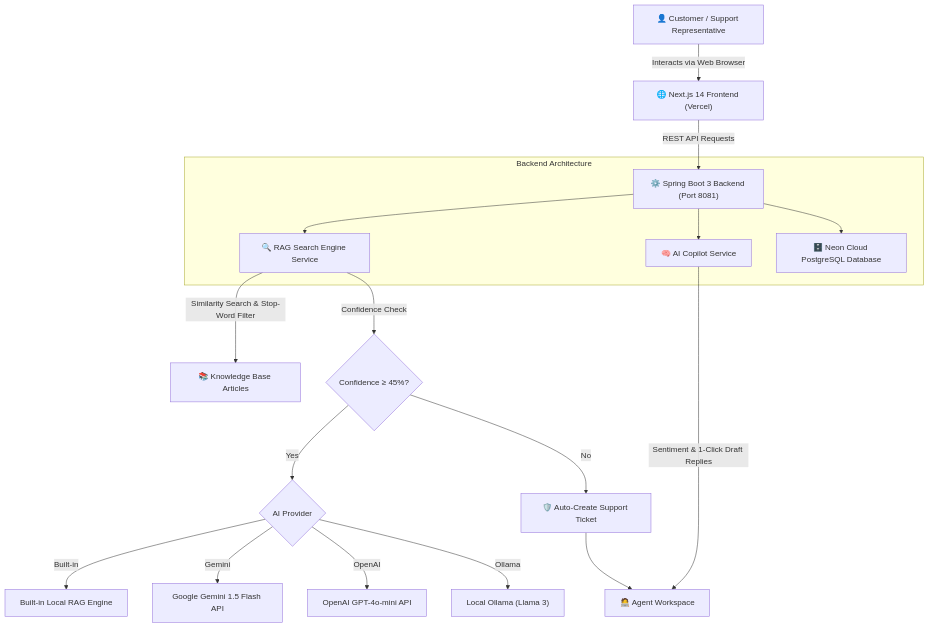
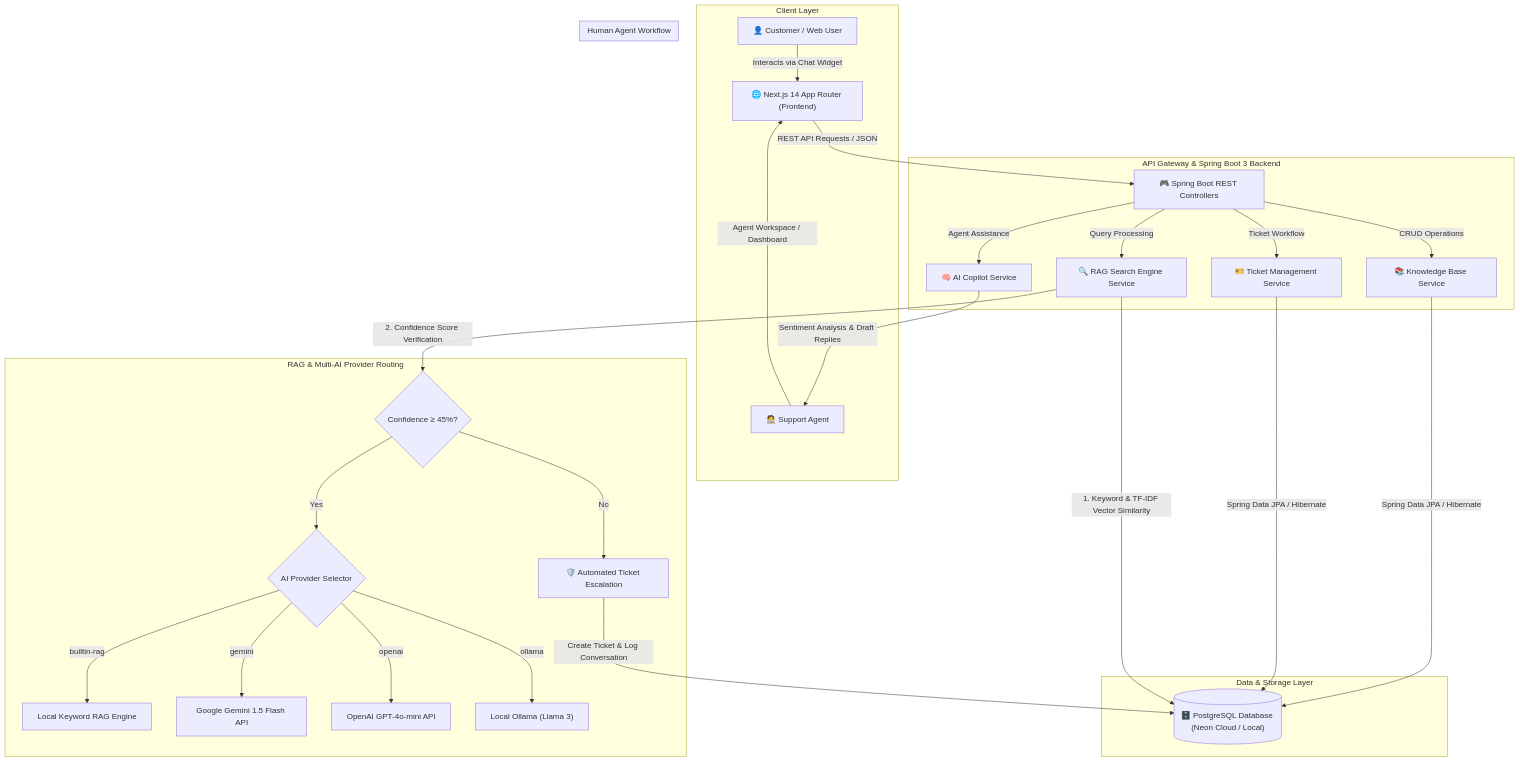
Before and after one commit to Sivatheevan1224/ai-customer-support-app: the diagram in README.md, drawn with Mermaid. The commit also changed other lines of this file and 2 other files, not shown here.

Commit message:
feat: add production Dockerfile for frontend, update README documentation, and initialize backend application configuration

````diff
--- a/README.md
+++ b/README.md
@@ -28,25 +26,37 @@
 ```mermaid
 graph TD
-    User["👤 Customer / Support Representative"] -->|Interacts via Web Browser| NextJS["🌐 Next.js 14 Frontend (Vercel)"]
-    NextJS -->|REST API Requests| SpringBoot["⚙️ Spring Boot 3 Backend (Port 8081)"]
-    
-    subgraph Backend Architecture
-        SpringBoot --> RAG["🔍 RAG Search Engine Service"]
-        SpringBoot --> Copilot["🧠 AI Copilot Service"]
-        SpringBoot --> DB["🗄️ Neon Cloud PostgreSQL Database"]
+    subgraph Client Layer
+        User["👤 Customer / Web User"] -->|Interacts via Chat Widget| NextJS["🌐 Next.js 14 App Router (Frontend)"]
+        Agent["🧑‍💻 Support Agent"] -->|Agent Workspace / Dashboard| NextJS
     end
-    
-    RAG -->|Similarity Search & Stop-Word Filter| KB["📚 Knowledge Base Articles"]
-    
-    RAG -->|Confidence Check| Decision{"Confidence ≥ 45%?"}
-    Decision -->|Yes| Provider{"AI Provider"}
-    Decision -->|No| Escalation["🛡️ Auto-Create Support Ticket"]
-    
-    Provider -->|Built-in| BuiltInEngine["Built-in Local RAG Engine"]
-    Provider -->|Gemini| GeminiAPI["Google Gemini 1.5 Flash API"]
-    Provider -->|OpenAI| OpenAIAPI["OpenAI GPT-4o-mini API"]
-    Provider -->|Ollama| OllamaAPI["Local Ollama (Llama 3)"]
-    
-    Escalation --> AgentWorkspace["🧑‍💻 Agent Workspace"]
-    Copilot -->|Sentiment & 1-Click Draft Replies| AgentWorkspace
+
+    subgraph API Gateway & Spring Boot 3 Backend
+        NextJS -->|REST API Requests / JSON| Controllers["🎮 Spring Boot REST Controllers"]
+        Controllers --> |Query Processing| RAGService["🔍 RAG Search Engine Service"]
+        Controllers --> |Agent Assistance| CopilotService["🧠 AI Copilot Service"]
+        Controllers --> |CRUD Operations| KBService["📚 Knowledge Base Service"]
+        Controllers --> |Ticket Workflow| TicketService["🎫 Ticket Management Service"]
+    end
+
+    subgraph Data & Storage Layer
+        KBService & TicketService -->|Spring Data JPA / Hibernate| Database[("🗄️ PostgreSQL Database (Neon Cloud / Local)")]
+    end
+
+    subgraph RAG & Multi-AI Provider Routing
+        RAGService -->|1. Keyword & TF-IDF Vector Similarity| Database
+        RAGService -->|2. Confidence Score Verification| ConfidenceCheck{"Confidence ≥ 45%?"}
+        
+        ConfidenceCheck -->|Yes| AIProviderRouter{"AI Provider Selector"}
+        ConfidenceCheck -->|No| AutoEscalation["🛡️ Automated Ticket Escalation"]
+
+        AIProviderRouter -->|builtin-rag| BuiltInRAG["Local Keyword RAG Engine"]
+        AIProviderRouter -->|gemini| GeminiAPI["Google Gemini 1.5 Flash API"]
+        AIProviderRouter -->|openai| OpenAIAPI["OpenAI GPT-4o-mini API"]
+        AIProviderRouter -->|ollama| OllamaAPI["Local Ollama (Llama 3)"]
+    end
+
+    subgraph Human Agent Workflow
+        AutoEscalation -->|Create Ticket & Log Conversation| Database
+        CopilotService -->|Sentiment Analysis & Draft Replies| Agent
+    end
 ```
````
